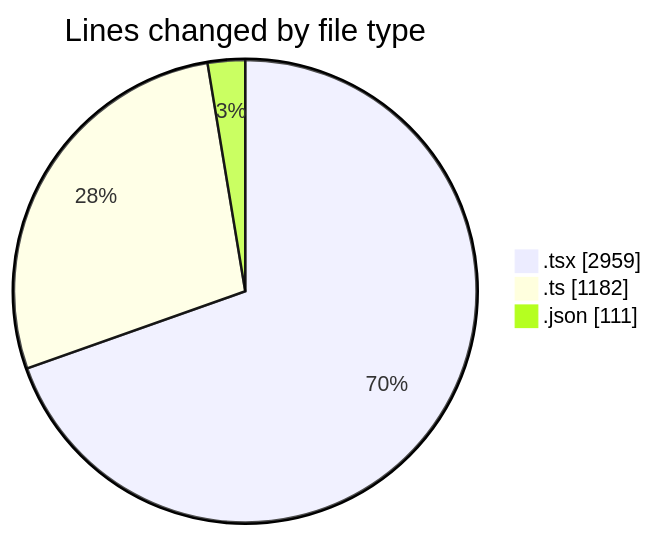
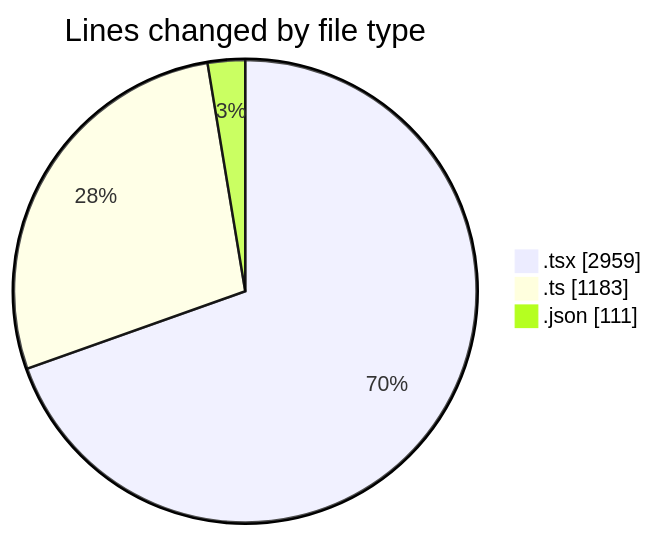
One commit to julien-gomy/code-tracking changed the first of 2 diagrams in 2025-11-08/eventscop-frontend-guide__workspace_/README.md. Above: the diagram before and after it, drawn with Mermaid. The commit also changed other lines of this file and 1 other file, not shown here.

````diff
--- a/2025-11-08/eventscop-frontend-guide__workspace_/README.md
+++ b/2025-11-08/eventscop-frontend-guide__workspace_/README.md
@@ -57,7 +58,7 @@
 ```mermaid
 pie showData
 title Lines changed by file type
 ".tsx" : 2959
-".ts" : 1182
+".ts" : 1183
 ".json" : 111
 ```
````
